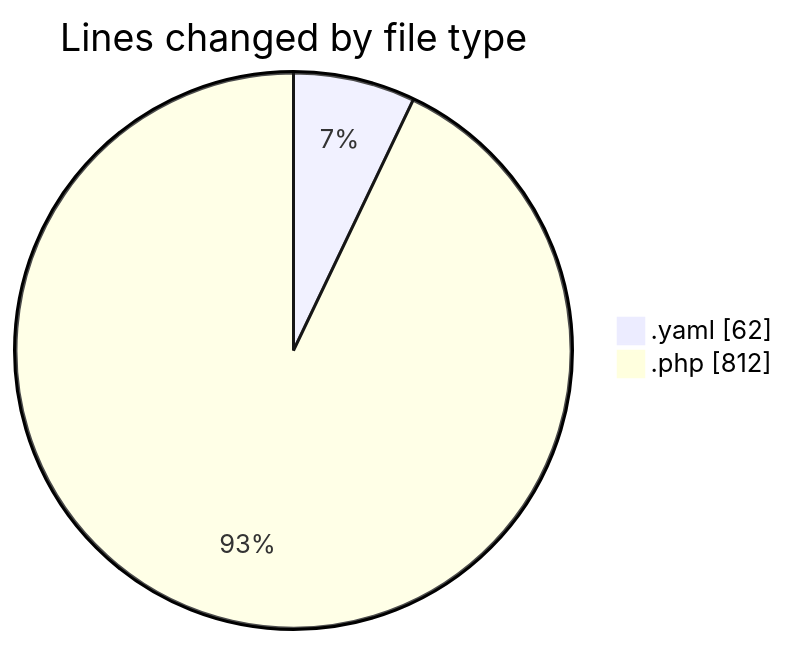
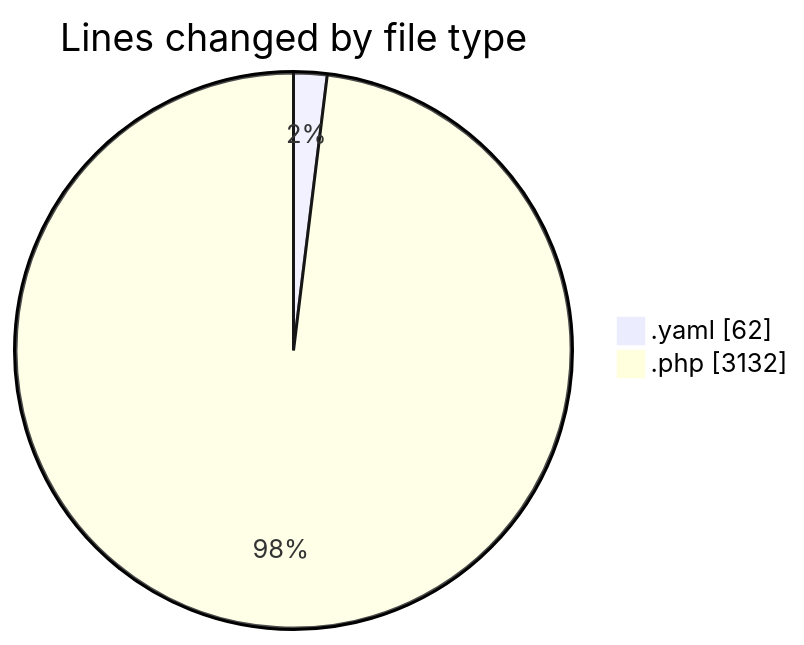
Before and after one commit to FelipKnott/code-tracking: the first of 2 diagrams in 2025-09-05/erp-alpha/README.md, drawn with Mermaid. The commit also changed other lines of this file and 1 other file, not shown here.

````diff
--- a/2025-09-05/erp-alpha/README.md
+++ b/2025-09-05/erp-alpha/README.md
@@ -22,6 +31,6 @@
 ```mermaid
 pie showData
 title Lines changed by file type
 ".yaml" : 62
-".php" : 812
+".php" : 3132
 ```
````
